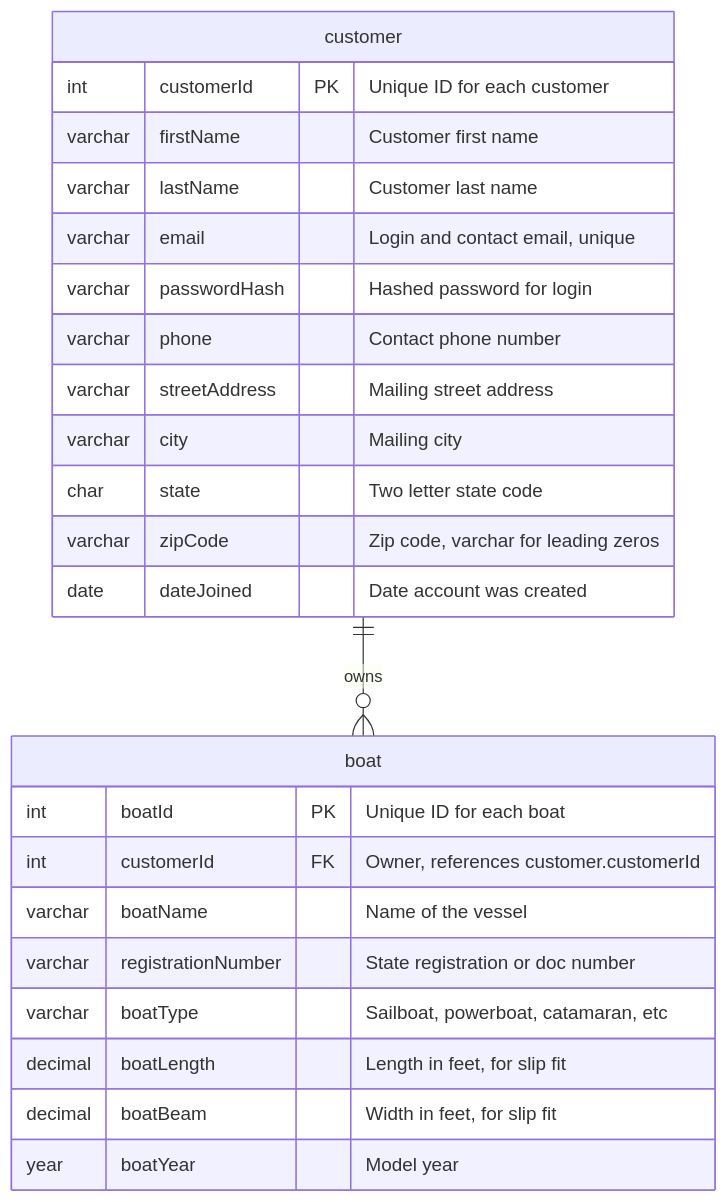
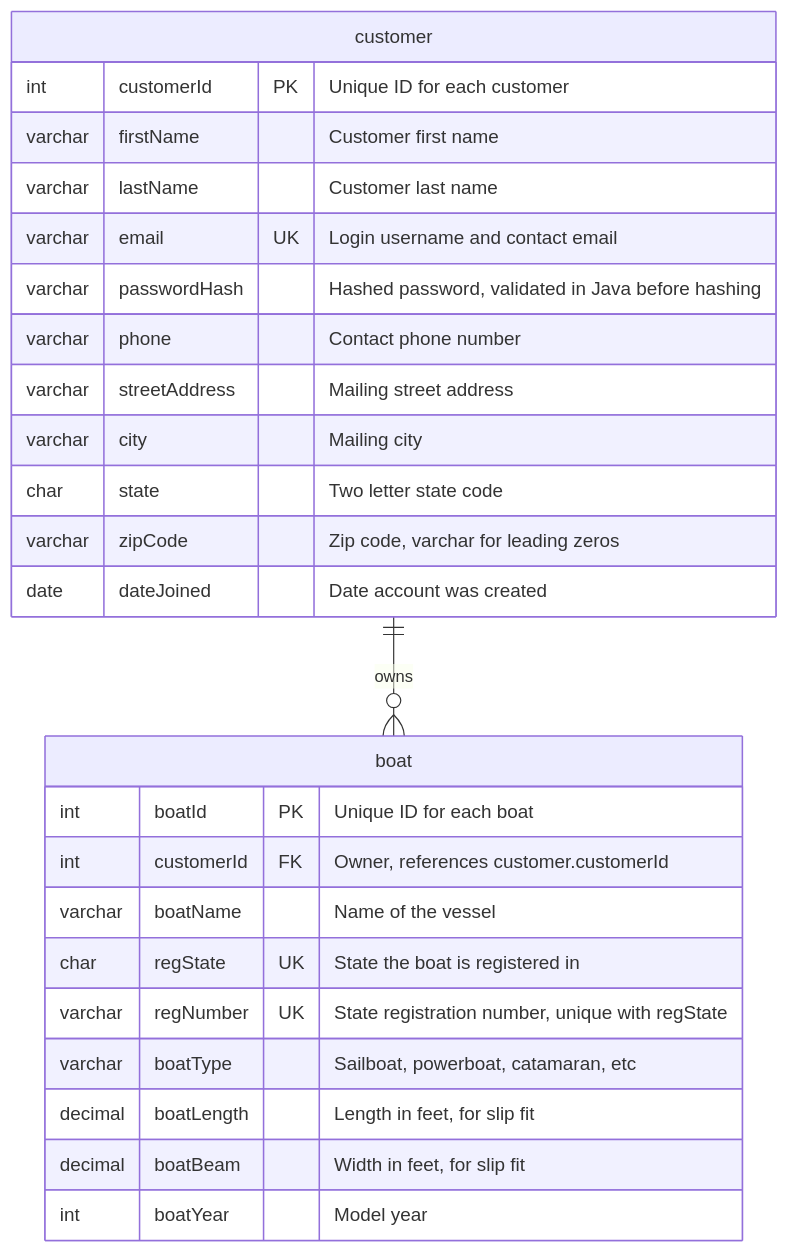
Before and after one commit to BobbyJoeCool/csd460-blueteam: the diagram in Module-3/Fernandez-ERD-DRAFT/Customer_Boat_ERD.mmd, drawn with Mermaid. The commit also changed 1 other file, not shown here.

Commit message:
Update customer and boat ERD: email UNIQUE, composite unique on regState/regNumber, boatYear INT

```diff
--- a/Module-3/Fernandez-ERD-DRAFT/Customer_Boat_ERD.mmd
+++ b/Module-3/Fernandez-ERD-DRAFT/Customer_Boat_ERD.mmd
@@ -1,27 +1,31 @@
+%% Note: Mermaid has no composite key syntax. regState and regNumber each show
+%% a UK marker below, but they form ONE composite unique constraint, not two.
+
 erDiagram
     customer ||--o{ boat : owns
 
     customer {
         int customerId PK "Unique ID for each customer"
         varchar firstName "Customer first name"
         varchar lastName "Customer last name"
-        varchar email "Login and contact email, unique"
-        varchar passwordHash "Hashed password for login"
+        varchar email UK "Login username and contact email"
+        varchar passwordHash "Hashed password, validated in Java before hashing"
         varchar phone "Contact phone number"
         varchar streetAddress "Mailing street address"
         varchar city "Mailing city"
         char state "Two letter state code"
         varchar zipCode "Zip code, varchar for leading zeros"
         date dateJoined "Date account was created"
     }
 
     boat {
         int boatId PK "Unique ID for each boat"
         int customerId FK "Owner, references customer.customerId"
         varchar boatName "Name of the vessel"
-        varchar registrationNumber "State registration or doc number"
+        char regState UK "State the boat is registered in"
+        varchar regNumber UK "State registration number, unique with regState"
         varchar boatType "Sailboat, powerboat, catamaran, etc"
         decimal boatLength "Length in feet, for slip fit"
         decimal boatBeam "Width in feet, for slip fit"
-        year boatYear "Model year"
+        int boatYear "Model year"
     }
```
